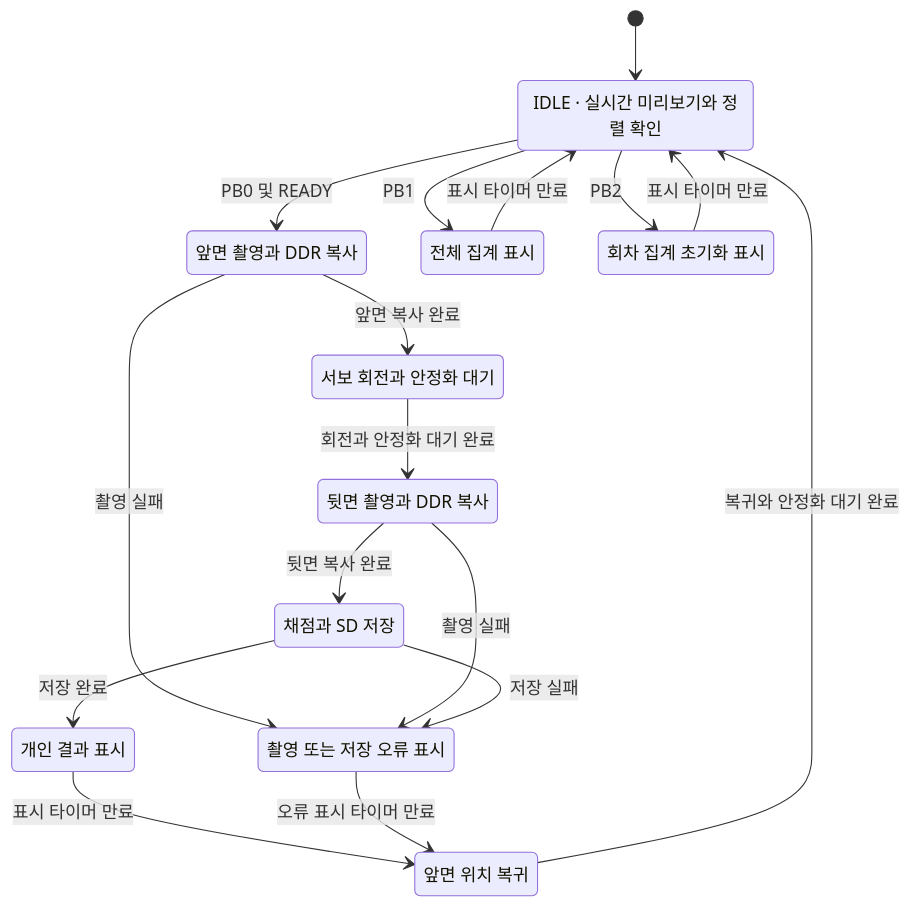
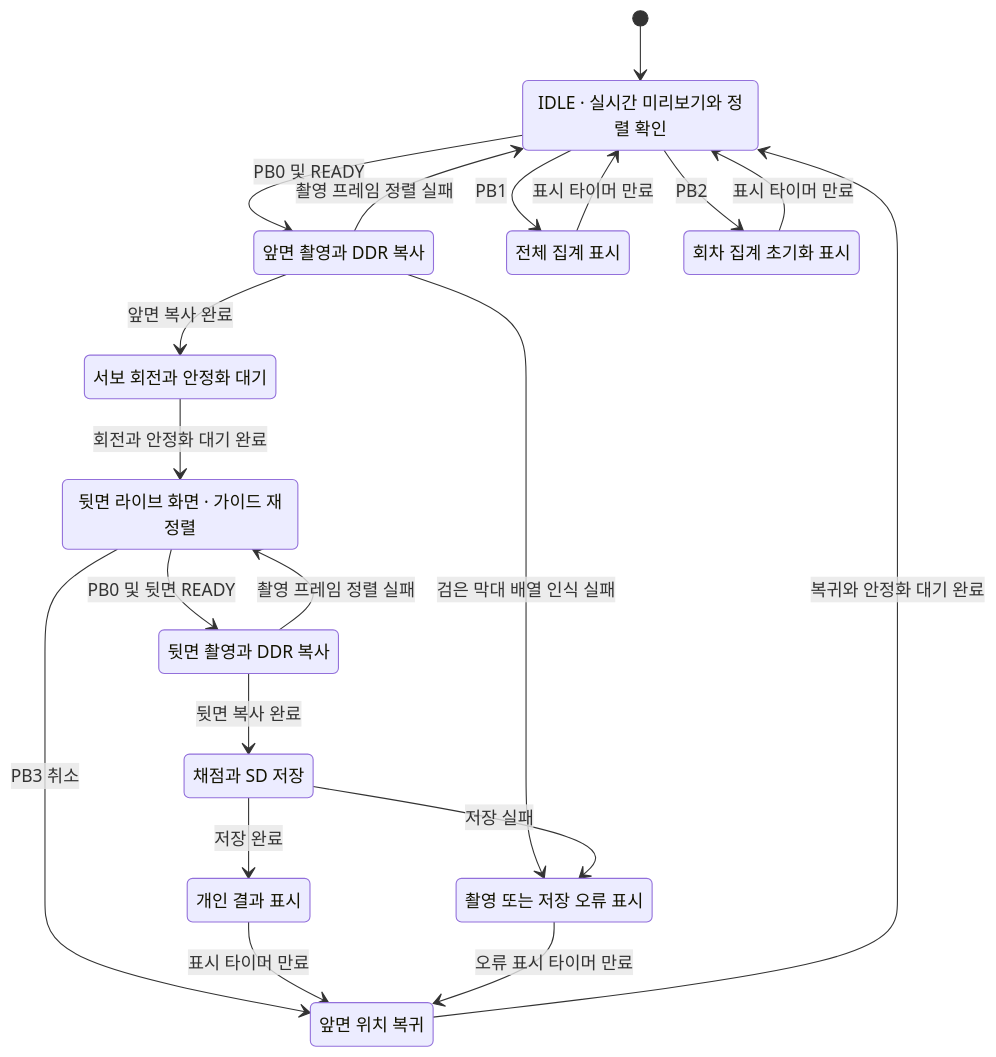
Before and after one commit to yumyum1215/26SoC_Term_Project_OMR_Reader: the second of 2 diagrams in docs/system-architecture.md, drawn with Mermaid. The commit also changed other lines of this file and 21 other files, not shown here.

````diff
--- a/docs/system-architecture.md
+++ b/docs/system-architecture.md
@@ -79,30 +79,34 @@
 ```mermaid
 stateDiagram-v2
     [*] --> Idle
     state "IDLE · 실시간 미리보기와 정렬 확인" as Idle
     state "앞면 촬영과 DDR 복사" as Front
     state "서보 회전과 안정화 대기" as Flip
+    state "뒷면 라이브 화면 · 가이드 재정렬" as BackAlign
     state "뒷면 촬영과 DDR 복사" as Back
     state "채점과 SD 저장" as Grade
     state "개인 결과 표시" as Result
     state "앞면 위치 복귀" as Home
     state "전체 집계 표시" as Summary
     state "회차 집계 초기화 표시" as Clear
     state "촬영 또는 저장 오류 표시" as Error
 
     Idle --> Front: PB0 및 READY
     Front --> Flip: 앞면 복사 완료
-    Flip --> Back: 회전과 안정화 대기 완료
+    Flip --> BackAlign: 회전과 안정화 대기 완료
+    BackAlign --> Back: PB0 및 뒷면 READY
+    BackAlign --> Home: PB3 취소
     Back --> Grade: 뒷면 복사 완료
     Grade --> Result: 저장 완료
     Result --> Home: 표시 타이머 만료
     Home --> Idle: 복귀와 안정화 대기 완료
     Idle --> Summary: PB1
     Summary --> Idle: 표시 타이머 만료
     Idle --> Clear: PB2
     Clear --> Idle: 표시 타이머 만료
-    Front --> Error: 촬영 실패
-    Back --> Error: 촬영 실패
+    Front --> Idle: 촬영 프레임 정렬 실패
+    Front --> Error: 검은 막대 배열 인식 실패
+    Back --> BackAlign: 촬영 프레임 정렬 실패
     Grade --> Error: 저장 실패
     Error --> Home: 오류 표시 타이머 만료
 ```
````
